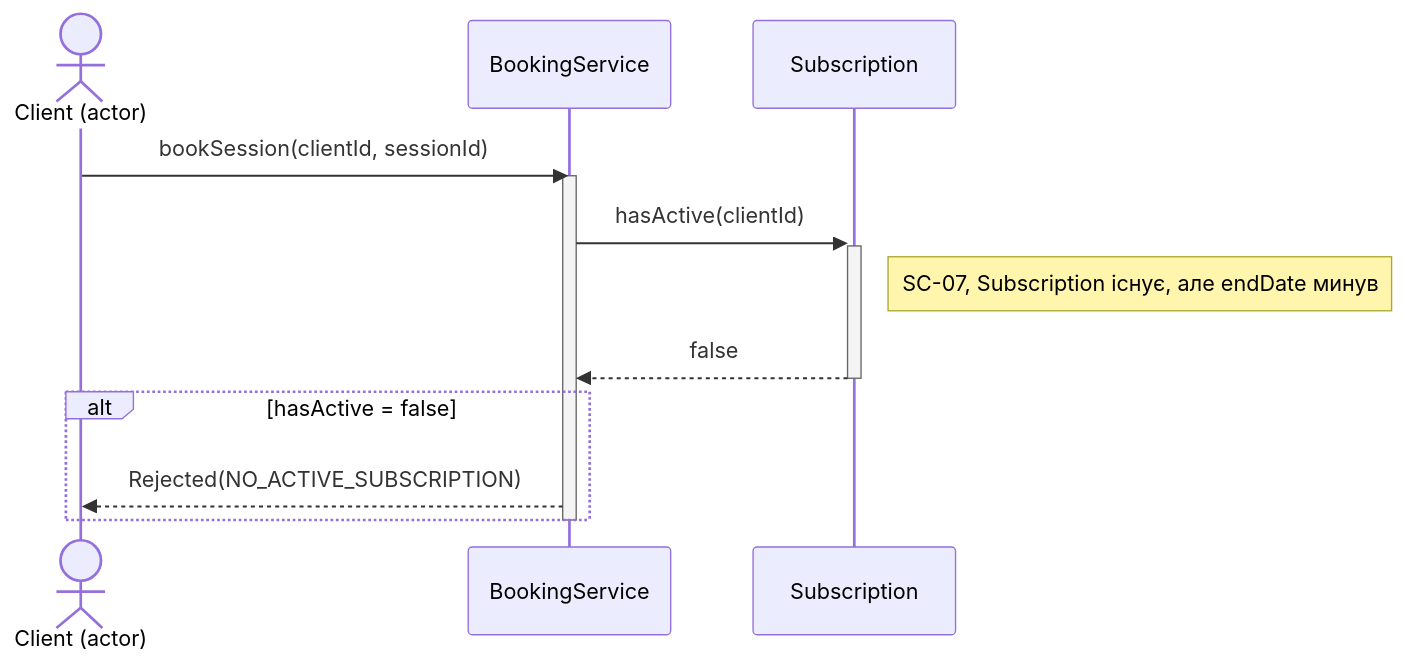
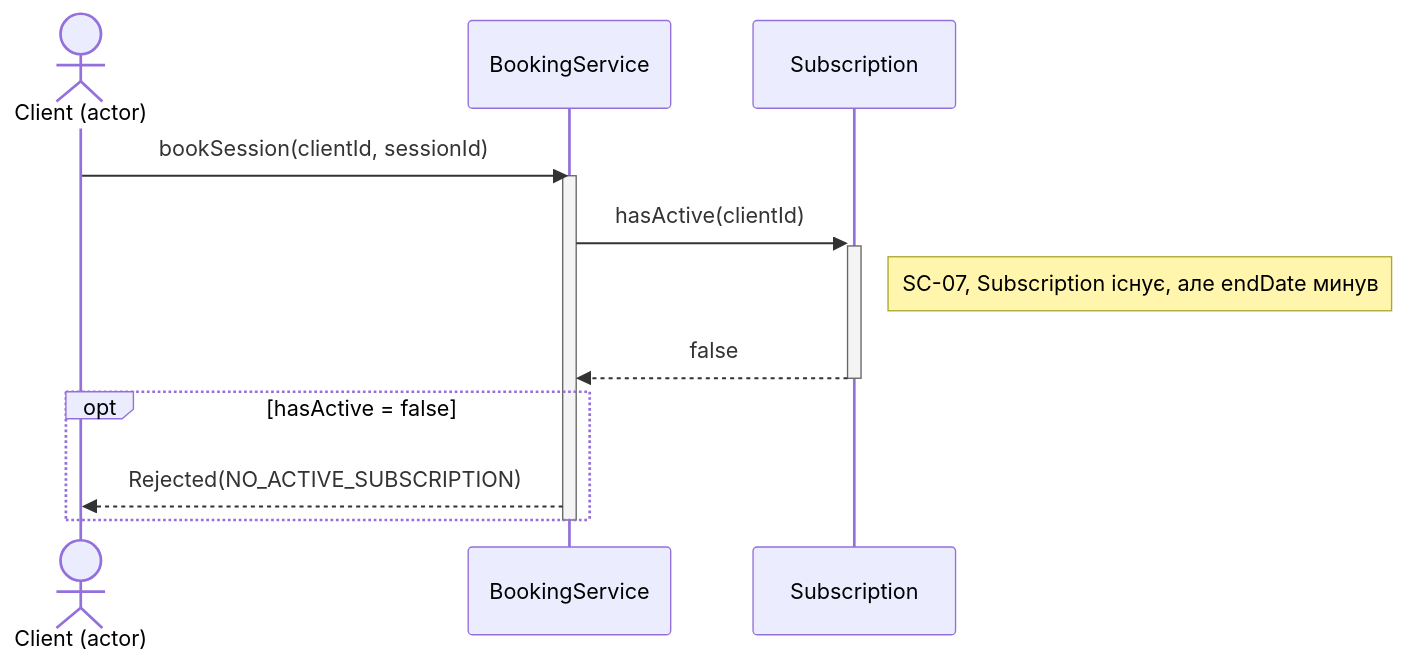
The diagram in lab3/diagrams/d5.mmd (vanyadzygman/sec-kpi), drawn with Mermaid before and after one commit. The commit also changed 13 other files, not shown here.

Commit message:
diagrams: regenerate D1-D7

```diff
--- a/lab3/diagrams/d5.mmd
+++ b/lab3/diagrams/d5.mmd
@@ -1,14 +1,14 @@
 sequenceDiagram
     actor C as Client (actor)
     participant BS as BookingService
     participant Sub as Subscription
 
     C->>BS: bookSession(clientId, sessionId)
     activate BS
     BS->>+Sub: hasActive(clientId)
     Note right of Sub: SC-07, Subscription існує, але endDate минув
     Sub-->>-BS: false
-    alt hasActive = false
+    opt hasActive = false
         BS-->>C: Rejected(NO_ACTIVE_SUBSCRIPTION)
     end
     deactivate BS
```
